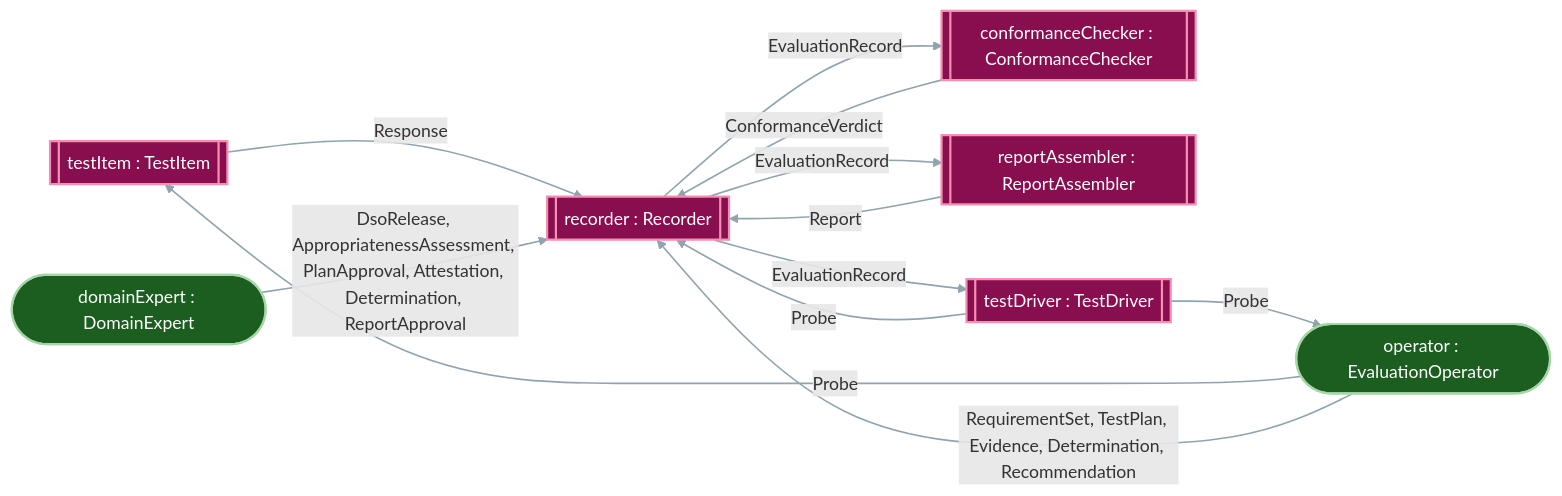
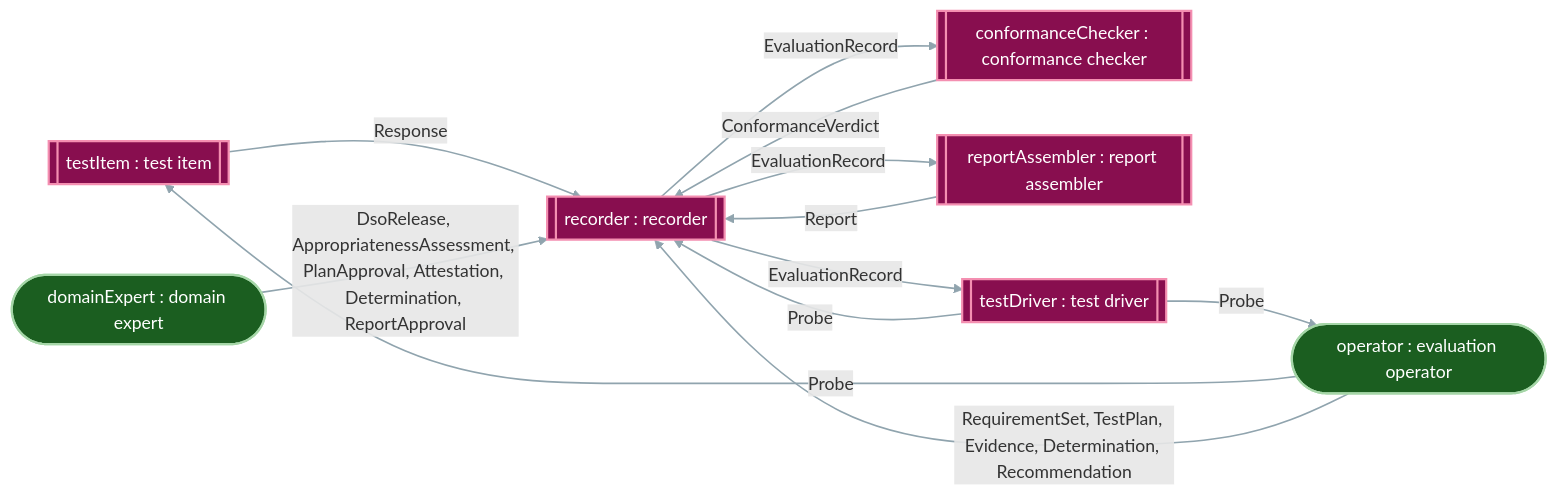
Before and after one commit to DynamicalSystemsGroup/og-caie-spec: the diagram in generated/wiring-evaluation.md, drawn with Mermaid. The commit also changed other lines of this file and 19 other files, not shown here.

````diff
--- a/generated/wiring-evaluation.md
+++ b/generated/wiring-evaluation.md
@@ -1,28 +1,28 @@
 ```{mermaid}
 flowchart LR
-  accountable_testItem[["testItem : TestItem"]]
-  testingOrg_conformanceChecker[["conformanceChecker : ConformanceChecker"]]
-  testingOrg_recorder[["recorder : Recorder"]]
-  testingOrg_reportAssembler[["reportAssembler : ReportAssembler"]]
-  testingOrg_team_domainExpert(["domainExpert : DomainExpert"])
-  testingOrg_team_operator(["operator : EvaluationOperator"])
-  testingOrg_testDriver[["testDriver : TestDriver"]]
+  accountable_testItem[["testItem : test item"]]
+  testingOrg_conformanceChecker[["conformanceChecker : conformance checker"]]
+  testingOrg_recorder[["recorder : recorder"]]
+  testingOrg_reportAssembler[["reportAssembler : report assembler"]]
+  testingOrg_team_domainExpert(["domainExpert : domain expert"])
+  testingOrg_team_operator(["operator : evaluation operator"])
+  testingOrg_testDriver[["testDriver : test driver"]]
   accountable_testItem -- "Response" --> testingOrg_recorder
   testingOrg_conformanceChecker -- "ConformanceVerdict" --> testingOrg_recorder
   testingOrg_recorder -- "EvaluationRecord" --> testingOrg_conformanceChecker
   testingOrg_recorder -- "EvaluationRecord" --> testingOrg_reportAssembler
   testingOrg_recorder -- "EvaluationRecord" --> testingOrg_testDriver
   testingOrg_reportAssembler -- "Report" --> testingOrg_recorder
   testingOrg_team_domainExpert -- "DsoRelease, AppropriatenessAssessment, PlanApproval, Attestation, Determination, ReportApproval" --> testingOrg_recorder
   testingOrg_team_operator -- "Probe" --> accountable_testItem
   testingOrg_team_operator -- "RequirementSet, TestPlan, Evidence, Determination, Recommendation" --> testingOrg_recorder
   testingOrg_testDriver -- "Probe" --> testingOrg_recorder
   testingOrg_testDriver -- "Probe" --> testingOrg_team_operator
   classDef person fill:#1b5e20,stroke:#a5d6a7,stroke-width:2px,color:#ffffff;
   classDef machine fill:#880e4f,stroke:#f48fb1,stroke-width:2px,color:#ffffff;
   classDef party fill:#f9a825,stroke:#e65100,stroke-width:2px,stroke-dasharray: 6 3,color:#000000;
   classDef organization fill:#37474f,stroke:#cfd8dc,stroke-width:2px,color:#ffffff;
   linkStyle default stroke:#90a4ae,stroke-width:1.5px;
   class testingOrg_team_domainExpert,testingOrg_team_operator person;
   class accountable_testItem,testingOrg_conformanceChecker,testingOrg_recorder,testingOrg_reportAssembler,testingOrg_testDriver machine;
 ```
````
